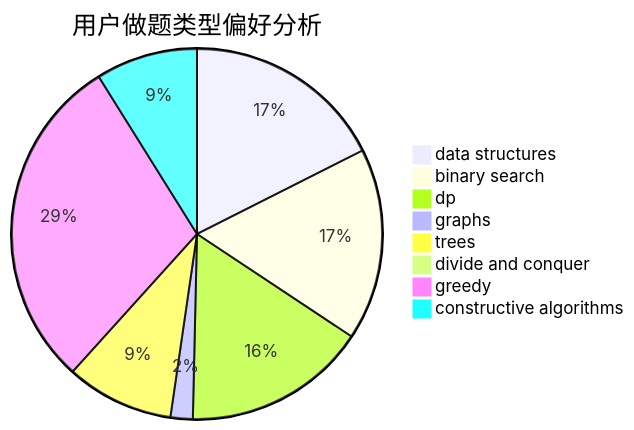
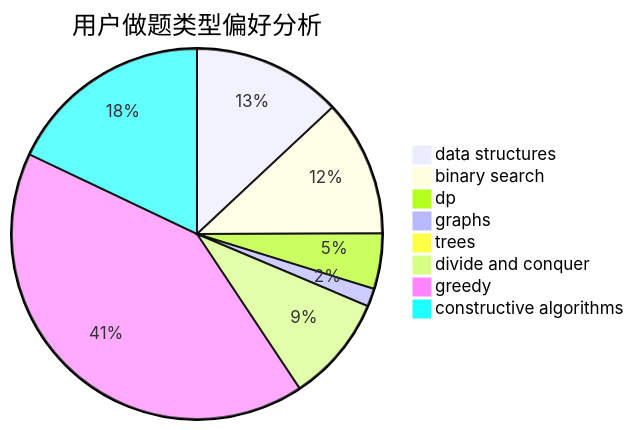
One commit to sherpahu/cfrs.github.io changed the second of 3 diagrams in docs/user/u2216.md. Above: the diagram before and after it, drawn with Mermaid. The commit also changed other lines of this file and 2770 other files, not shown here.

````diff
--- a/docs/user/u2216.md
+++ b/docs/user/u2216.md
@@ -23,11 +23,11 @@
 ```mermaid
 pie title 用户做题类型偏好分析
-    "data structures" :  172
-    "binary search" :  164
-    "dp" :  157
-    "graphs" :  19
-    "trees" :  92
-    "divide and conquer" :  5
-    "greedy" :  288
-    "constructive algorithms" :  87
+    "data structures" :  231
+    "binary search" :  211
+    "dp" :  86
+    "graphs" :  28
+    "trees" :  17
+    "divide and conquer" :  165
+    "greedy" :  734
+    "constructive algorithms" :  318
 ```
````
